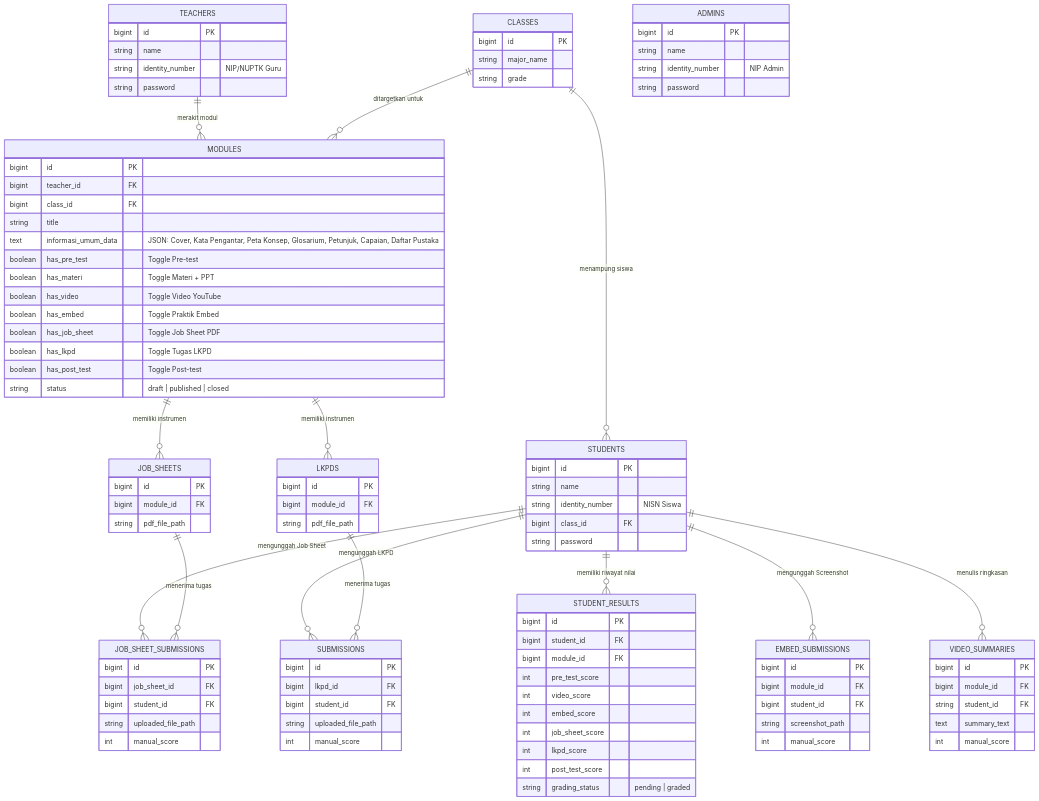
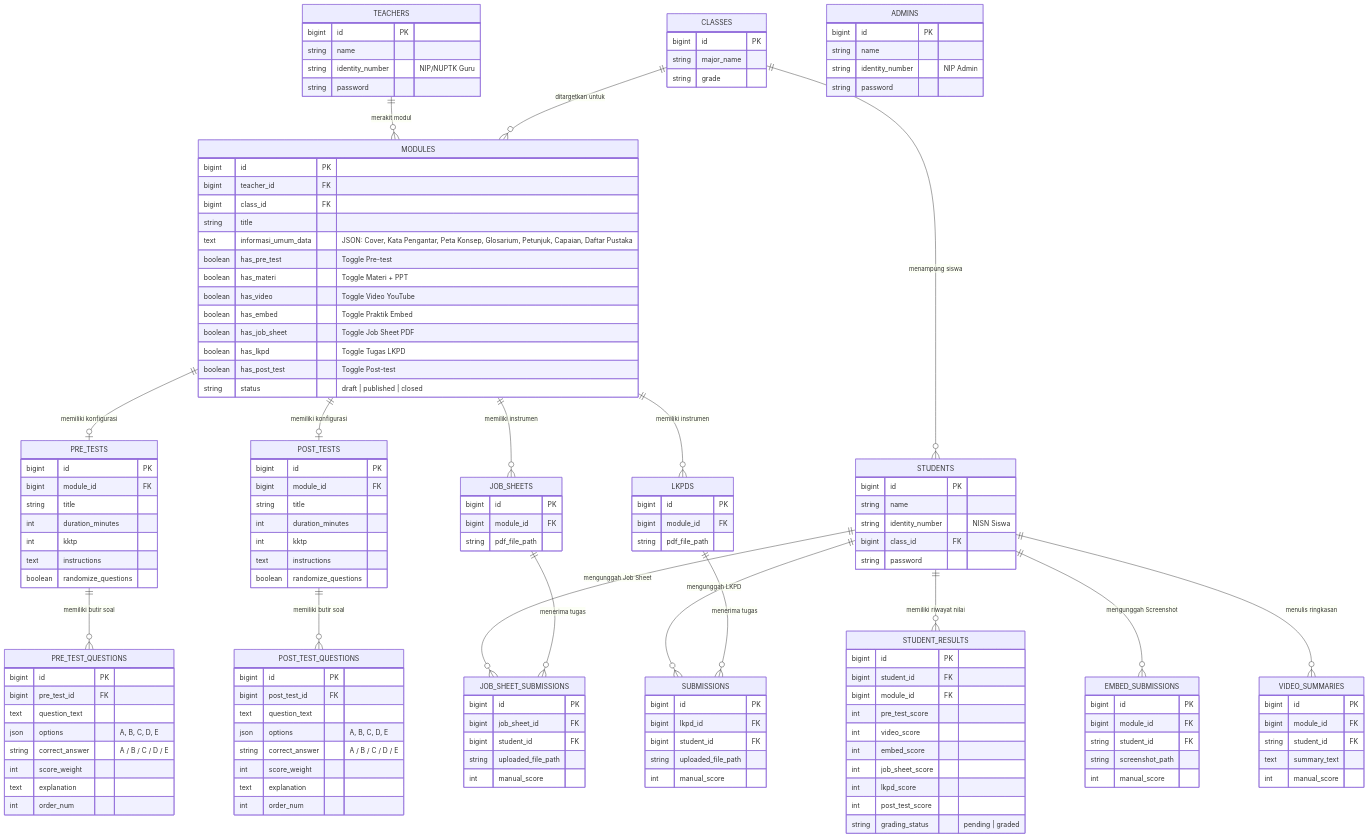
Before and after one commit to AdiLamunedo21/e-modul: the second of 2 diagrams in prd.md, drawn with Mermaid. The commit also changed 15 other files, not shown here.

Commit message:
Feature: Implement relational database tables and models for Pre-test & Post-test question management

```diff
--- a/prd.md
+++ b/prd.md
@@ -260,6 +260,10 @@
     STUDENTS ||--o{ JOB_SHEET_SUBMISSIONS : "mengunggah Job Sheet"
     STUDENTS ||--o{ EMBED_SUBMISSIONS : "mengunggah Screenshot"
     STUDENTS ||--o{ VIDEO_SUMMARIES : "menulis ringkasan"
+    MODULES ||--o| PRE_TESTS : "memiliki konfigurasi"
+    PRE_TESTS ||--o{ PRE_TEST_QUESTIONS : "memiliki butir soal"
+    MODULES ||--o| POST_TESTS : "memiliki konfigurasi"
+    POST_TESTS ||--o{ POST_TEST_QUESTIONS : "memiliki butir soal"
     MODULES ||--o{ JOB_SHEETS : "memiliki instrumen"
     MODULES ||--o{ LKPDS : "memiliki instrumen"
     JOB_SHEETS ||--o{ JOB_SHEET_SUBMISSIONS : "menerima tugas"
@@ -304,6 +308,44 @@
         boolean has_post_test "Toggle Post-test"
         string status "draft | published | closed"
     }
+    PRE_TESTS {
+        bigint id PK
+        bigint module_id FK
+        string title
+        int duration_minutes
+        int kktp
+        text instructions
+        boolean randomize_questions
+    }
+    PRE_TEST_QUESTIONS {
+        bigint id PK
+        bigint pre_test_id FK
+        text question_text
+        json options "A, B, C, D, E"
+        string correct_answer "A / B / C / D / E"
+        int score_weight
+        text explanation
+        int order_num
+    }
+    POST_TESTS {
+        bigint id PK
+        bigint module_id FK
+        string title
+        int duration_minutes
+        int kktp
+        text instructions
+        boolean randomize_questions
+    }
+    POST_TEST_QUESTIONS {
+        bigint id PK
+        bigint post_test_id FK
+        text question_text
+        json options "A, B, C, D, E"
+        string correct_answer "A / B / C / D / E"
+        int score_weight
+        text explanation
+        int order_num
+    }
     JOB_SHEETS {
         bigint id PK
         bigint module_id FK
@@ -331,7 +373,7 @@
     EMBED_SUBMISSIONS {
         bigint id PK
         bigint module_id FK
-        bigint student_id FK
+        string student_id FK
         string screenshot_path
         int manual_score
     }
```
